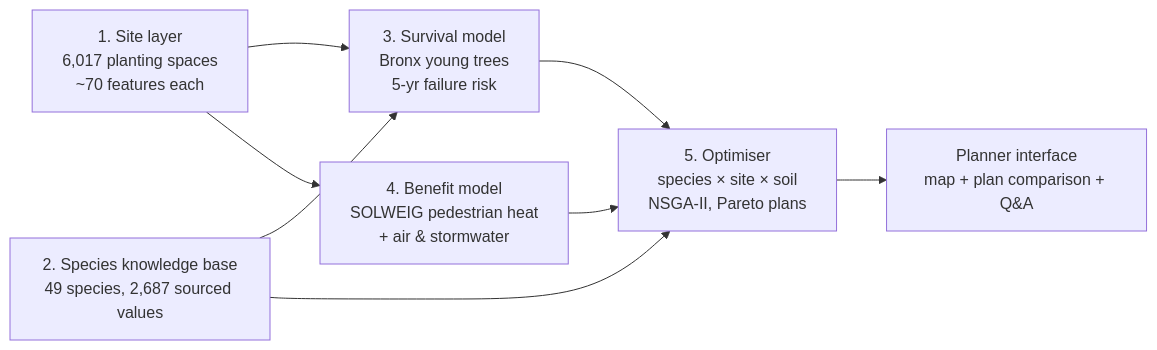
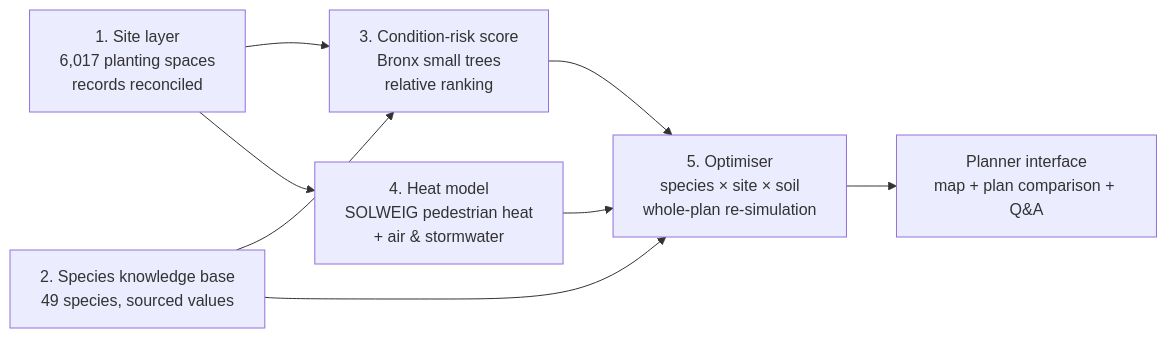
Before and after one commit to Bipul-roy-AI/Urban-Forestry-GEOAI: the diagram in README.md, drawn with Mermaid. The commit also changed other lines of this file and 80 other files, not shown here.

First line of the commit message:
Revise pipeline after external audit: corrected heat, benefits, model and plans

````diff
--- a/README.md
+++ b/README.md
@@ -15,10 +15,10 @@
 ```mermaid
 flowchart LR
-  A[1. Site layer<br/>6,017 planting spaces<br/>~70 features each] --> C[3. Survival model<br/>Bronx young trees<br/>5-yr failure risk]
-  B[2. Species knowledge base<br/>49 species, 2,687 sourced values] --> C
-  A --> D[4. Benefit model<br/>SOLWEIG pedestrian heat<br/>+ air & stormwater]
-  C --> E[5. Optimiser<br/>species × site × soil<br/>NSGA-II, Pareto plans]
+  A[1. Site layer<br/>6,017 planting spaces<br/>records reconciled] --> C[3. Condition-risk score<br/>Bronx small trees<br/>relative ranking]
+  B[2. Species knowledge base<br/>49 species, sourced values] --> C
+  A --> D[4. Heat model<br/>SOLWEIG pedestrian heat<br/>+ air & stormwater]
+  C --> E[5. Optimiser<br/>species × site × soil<br/>whole-plan re-simulation]
   B --> E
   D --> E
   E --> F[Planner interface<br/>map + plan comparison + Q&A]
 ```
````
